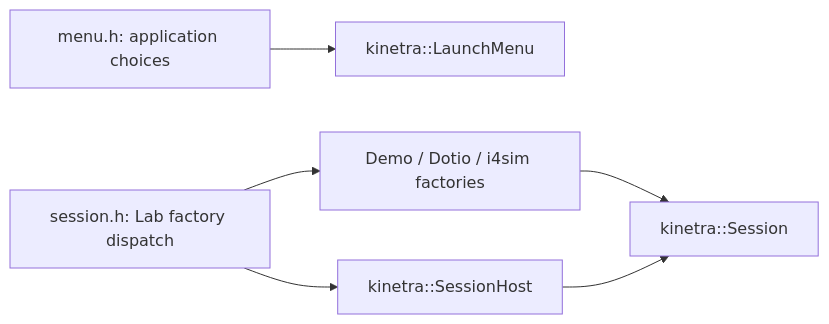
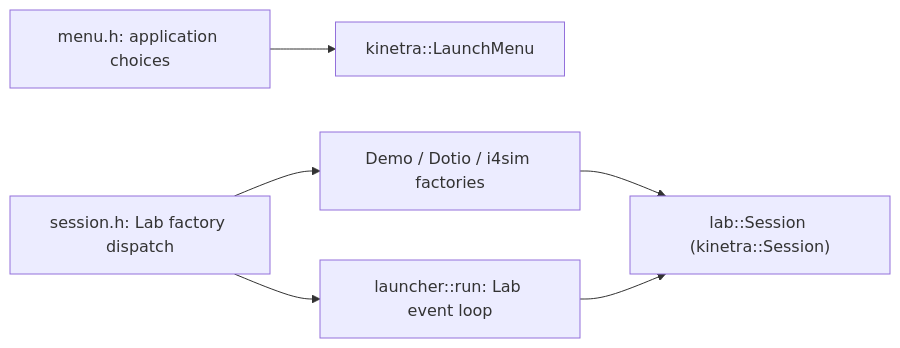
The diagram in launcher/include/README.md (SMB-M87/Kinetra-Lab), drawn with Mermaid before and after one commit. The commit also changed other lines of this file and 2 other files, not shown here.

Commit message:
docs(launcher): describe the Lab loop that actually owns sessions
The docs claimed kinetra::SessionHost owns launcher sessions; launcher::run
owns a unique_ptr<lab::Session> in its own loop. Moving to SessionHost is
planned in the quality roadmap.

````diff
--- a/launcher/include/README.md
+++ b/launcher/include/README.md
@@ -17,8 +17,8 @@
 ```mermaid
 flowchart LR
     Menu["menu.h: application choices"] --> LaunchMenu["kinetra::LaunchMenu"]
     Session["session.h: Lab factory dispatch"] --> Factories["Demo / Dotio / i4sim factories"]
-    Session --> Host["kinetra::SessionHost"]
-    Factories --> Contract["kinetra::Session"]
-    Host --> Contract
+    Session --> Loop["launcher::run: Lab event loop"]
+    Factories --> Contract["lab::Session (kinetra::Session)"]
+    Loop --> Contract
 ```
````
